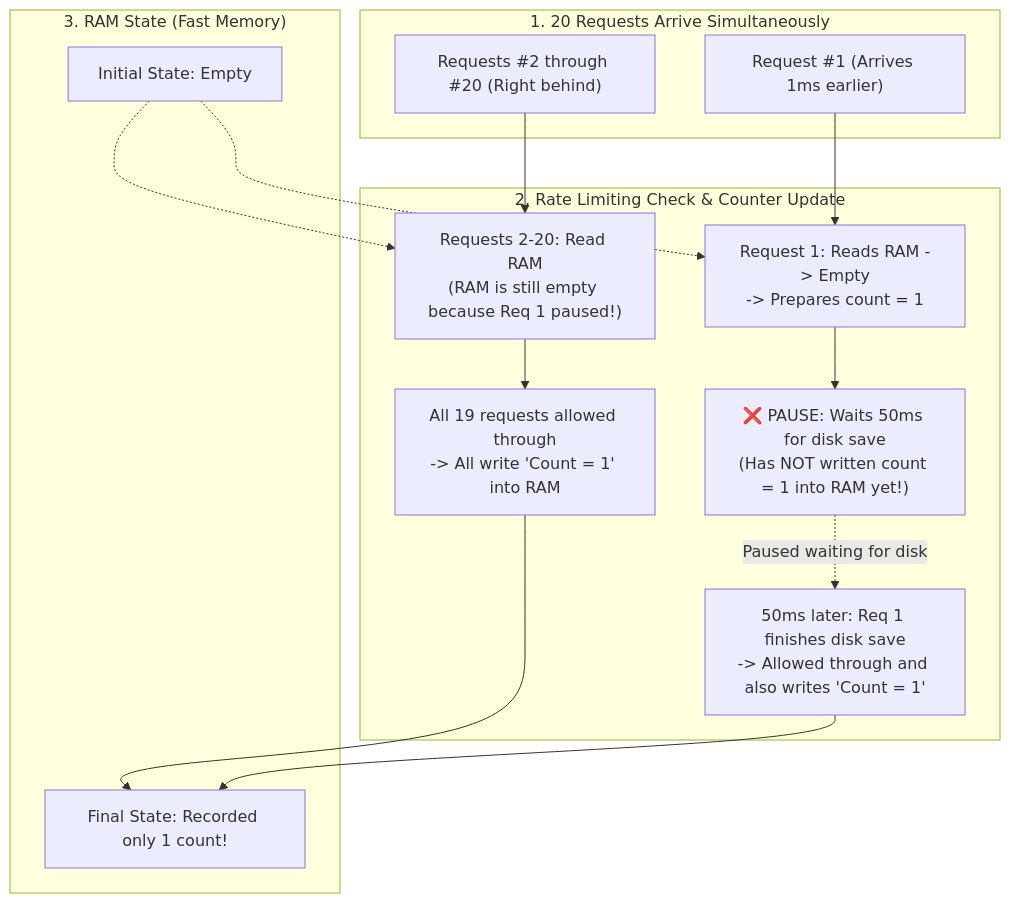
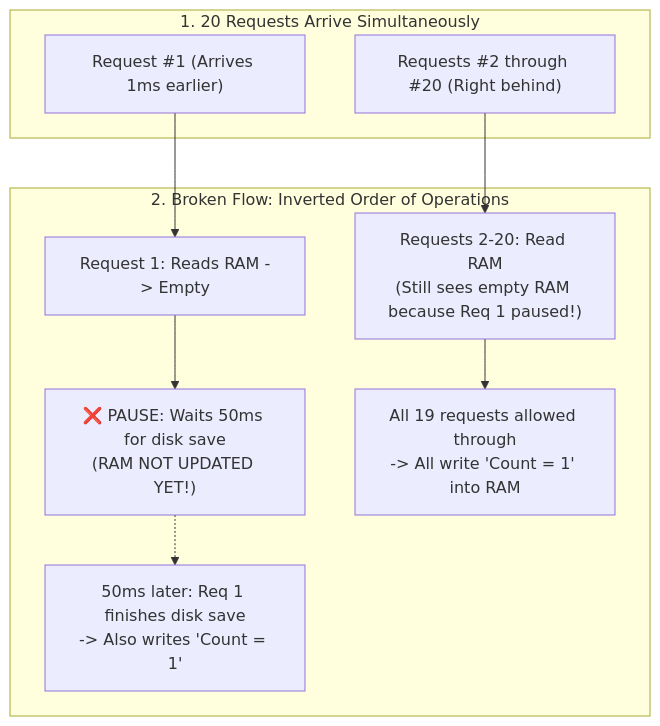
Before and after one commit to loerei/myskills: the third of 6 diagrams in productivity/your-co-engineer-for-this-jet-engine-is-an-infant/REFERENCE.md, drawn with Mermaid. The commit also changed other lines of this file and 1 other file, not shown here.

Commit message:
feat(jet-engine-infant): add multi-diagram visual contrast and layered explainer mode

````diff
--- a/productivity/your-co-engineer-for-this-jet-engine-is-an-infant/REFERENCE.md
+++ b/productivity/your-co-engineer-for-this-jet-engine-is-an-infant/REFERENCE.md
@@ -103,28 +111,21 @@
 ```mermaid
 flowchart TD
     subgraph INCOMING["1. 20 Requests Arrive Simultaneously"]
         Req1["Request #1 (Arrives 1ms earlier)"]
         ReqRest["Requests #2 through #20 (Right behind)"]
     end
 
-    subgraph LIMITER["2. Rate Limiting Check & Counter Update"]
-        Check1["Request 1: Reads RAM -> Empty<br/>-> Prepares count = 1"]
-        Wait1["❌ PAUSE: Waits 50ms for disk save<br/>(Has NOT written count = 1 into RAM yet!)"]
+    subgraph BROKEN["2. Broken Flow: Inverted Order of Operations"]
+        Check1["Request 1: Reads RAM -> Empty"]
+        Wait1["❌ PAUSE: Waits 50ms for disk save<br/>(RAM NOT UPDATED YET!)"]
         
-        CheckRest["Requests 2-20: Read RAM<br/>(RAM is still empty because Req 1 paused!)"]
+        CheckRest["Requests 2-20: Read RAM<br/>(Still sees empty RAM because Req 1 paused!)"]
         PassRest["All 19 requests allowed through<br/>-> All write 'Count = 1' into RAM"]
         
-        Wake1["50ms later: Req 1 finishes disk save<br/>-> Allowed through and also writes 'Count = 1'"]
-    end
-
-    subgraph RAM["3. RAM State (Fast Memory)"]
-        StateEmpty["Initial State: Empty"]
-        StateFinal["Final State: Recorded only 1 count!"]
+        Wake1["50ms later: Req 1 finishes disk save<br/>-> Also writes 'Count = 1'"]
     end
 
     Req1 --> Check1 --> Wait1
-    ReqRest --> CheckRest --> PassRest --> StateFinal
-    Wait1 -.->|"Paused waiting for disk"| Wake1 --> StateFinal
-    StateEmpty -.-> Check1
-    StateEmpty -.-> CheckRest
+    ReqRest --> CheckRest --> PassRest
+    Wait1 -.-> Wake1
 ```
````
